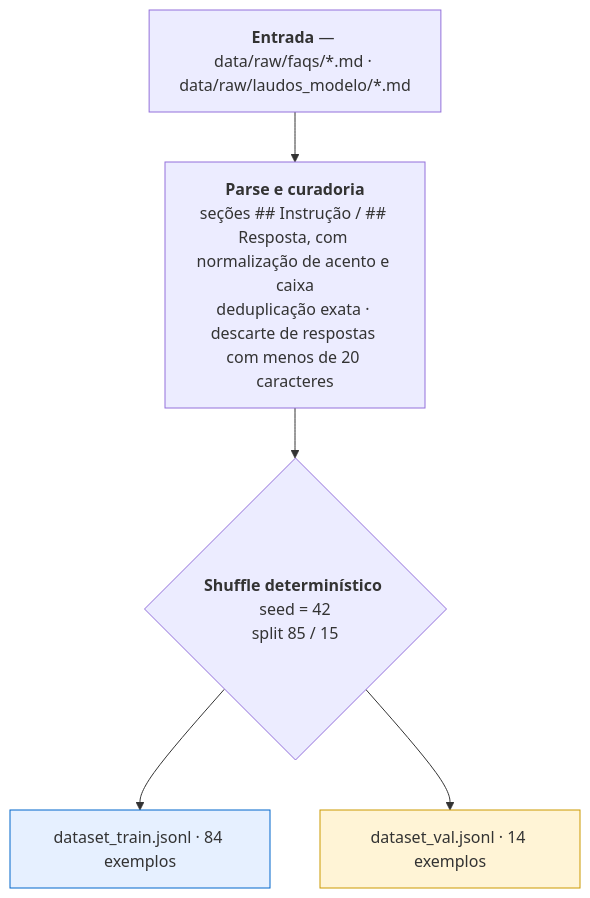
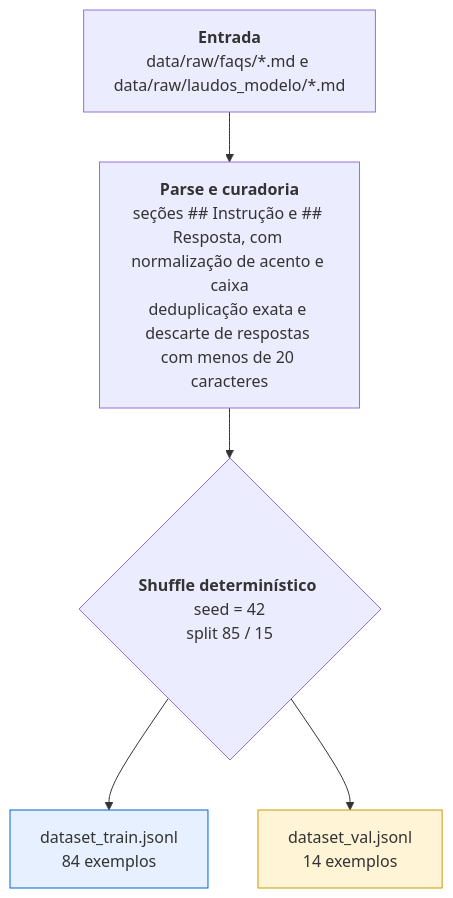
One commit to bschoola/AI-TechChallenge-Step3 changed the first of 5 diagrams in RELATORIO_TECNICO.md. Above: the diagram before and after it, drawn with Mermaid. The commit also changed other lines of this file and 12 other files, not shown here.

````diff
--- a/RELATORIO_TECNICO.md
+++ b/RELATORIO_TECNICO.md
@@ -95,11 +97,11 @@
 ```mermaid
 flowchart TD
-    A["<b>Entrada</b> — data/raw/faqs/*.md · data/raw/laudos_modelo/*.md"]
-    A --> B["<b>Parse e curadoria</b><br/>seções ## Instrução / ## Resposta, com normalização de acento e caixa<br/>deduplicação exata · descarte de respostas com menos de 20 caracteres"]
+    A["<b>Entrada</b><br/>data/raw/faqs/*.md e data/raw/laudos_modelo/*.md"]
+    A --> B["<b>Parse e curadoria</b><br/>seções ## Instrução e ## Resposta, com normalização de acento e caixa<br/>deduplicação exata e descarte de respostas com menos de 20 caracteres"]
     B --> E{"<b>Shuffle determinístico</b> seed = 42<br/>split 85 / 15"}
-    E --> G["dataset_train.jsonl · 84 exemplos"]
-    E --> H["dataset_val.jsonl · 14 exemplos"]
+    E --> G["dataset_train.jsonl<br/>84 exemplos"]
+    E --> H["dataset_val.jsonl<br/>14 exemplos"]
 
     style G fill:#e6f0ff,stroke:#06c
     style H fill:#fff4d6,stroke:#c90
 ```
````
